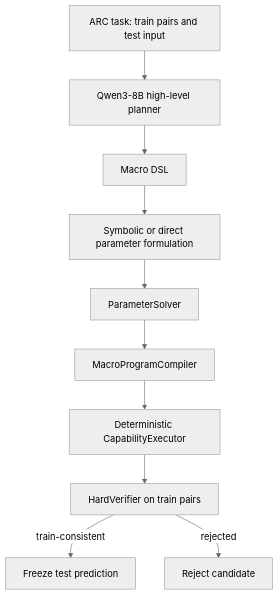
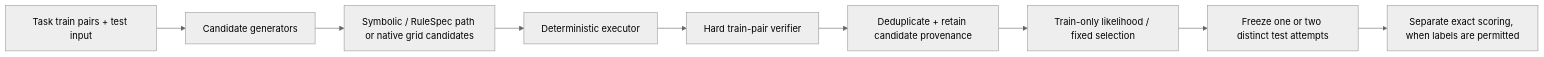
One commit to jimmy5566/arc-verifier-guided-program-synthesis changed the diagram in README.md. Above: the diagram before and after it, drawn with Mermaid (neutral theme). The commit also changed other lines of this file and 18 other files, not shown here.

````diff
--- a/README.md
+++ b/README.md
@@ -13,12 +27,11 @@
 ```mermaid
-flowchart TD
-    A[ARC task: train pairs and test input] --> B[Qwen3-8B high-level planner]
-    B --> C[Macro DSL]
-    C --> D[Symbolic or direct parameter formulation]
-    D --> E[ParameterSolver]
-    E --> F[MacroProgramCompiler]
-    F --> G[Deterministic CapabilityExecutor]
-    G --> H[HardVerifier on train pairs]
-    H -->|train-consistent| I[Freeze test prediction]
-    H -->|rejected| J[Reject candidate]
+flowchart LR
+  A[Task train pairs + test input] --> B[Candidate generators]
+  B --> C[Symbolic / RuleSpec path or native grid candidates]
+  C --> D[Deterministic executor]
+  D --> E[Hard train-pair verifier]
+  E --> F[Deduplicate + retain candidate provenance]
+  F --> G[Train-only likelihood / fixed selection]
+  G --> H[Freeze one or two distinct test attempts]
+  H --> I[Separate exact scoring, when labels are permitted]
 ```
````
